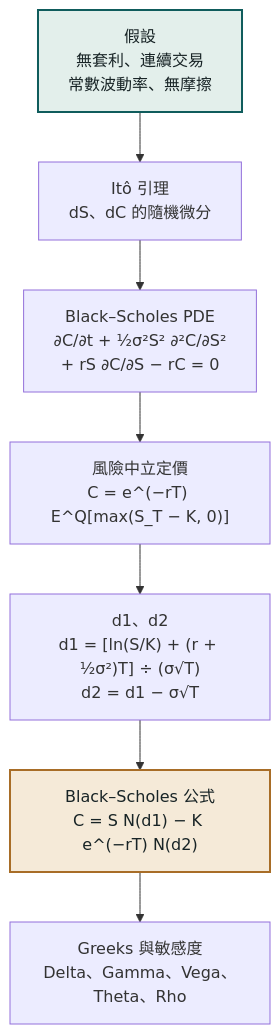
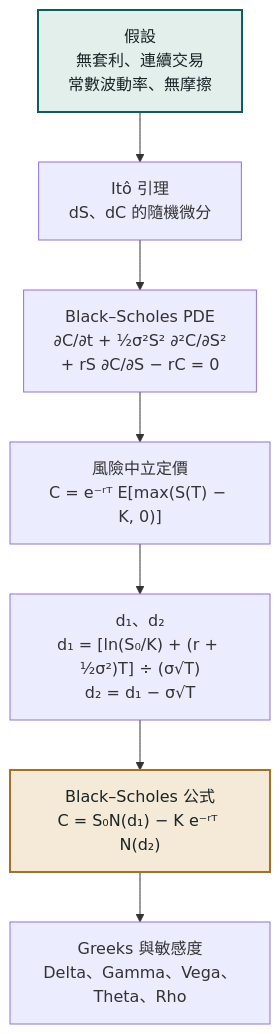
One commit to solo0920/analysis changed the diagram in site/diagrams/mermaid/investment-bs-derivation.mmd. Above: the diagram before and after it, drawn with Mermaid. The commit also changed 16 other files, not shown here.

Commit message:
Normalize formula notation across diagrams and notes

```diff
--- a/site/diagrams/mermaid/investment-bs-derivation.mmd
+++ b/site/diagrams/mermaid/investment-bs-derivation.mmd
@@ -1,16 +1,16 @@
 flowchart TD
   accTitle: Black–Scholes 推導流程
-  accDescr: 從無套利與連續交易假設出發，以 Itô 引理建立 Black–Scholes 偏微分方程，轉為風險中立期望，得到 d1、d2 與封閉解，最後延伸到 Greeks。
+  accDescr: 從無套利與連續交易假設出發，以 Itô 引理建立 Black–Scholes 偏微分方程，轉為風險中立期望，得到 d₁、d₂ 與封閉解，最後延伸到 Greeks。
 
   ASSUME["假設<br/>無套利、連續交易<br/>常數波動率、無摩擦"]:::accent
   ITO["Itô 引理<br/>dS、dC 的隨機微分"]
   PDE["Black–Scholes PDE<br/>∂C/∂t + ½σ²S² ∂²C/∂S²<br/>+ rS ∂C/∂S − rC = 0"]
-  RISK["風險中立定價<br/>C = e^(−rT) E^Q[max(S_T − K, 0)]"]
-  D1D2["d1、d2<br/>d1 = [ln(S/K) + (r + ½σ²)T] ÷ (σ√T)<br/>d2 = d1 − σ√T"]
-  BS["Black–Scholes 公式<br/>C = S N(d1) − K e^(−rT) N(d2)"]:::outcome
+  RISK["風險中立定價<br/>C = e⁻ʳᵀ E[max(S(T) − K, 0)]"]
+  D1D2["d₁、d₂<br/>d₁ = [ln(S₀/K) + (r + ½σ²)T] ÷ (σ√T)<br/>d₂ = d₁ − σ√T"]
+  BS["Black–Scholes 公式<br/>C = S₀N(d₁) − K e⁻ʳᵀ N(d₂)"]:::outcome
   GREEKS["Greeks 與敏感度<br/>Delta、Gamma、Vega、Theta、Rho"]
 
   ASSUME --> ITO --> PDE --> RISK --> D1D2 --> BS --> GREEKS
 
   classDef accent fill:#e3efeb,stroke:#0f5c5c,color:#182426,stroke-width:2px
   classDef outcome fill:#f5ead8,stroke:#a86d27,color:#182426,stroke-width:2px
```
